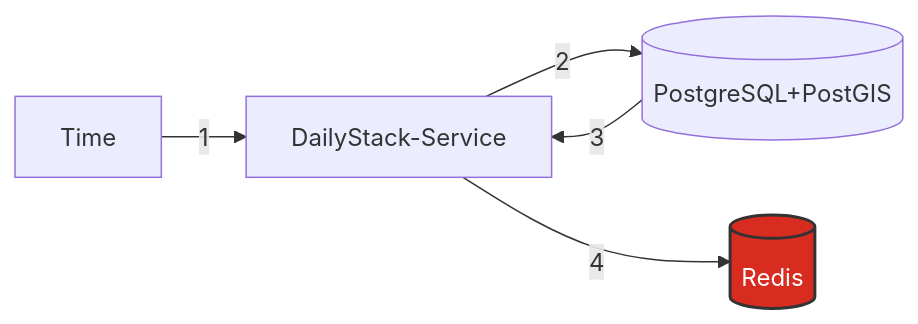
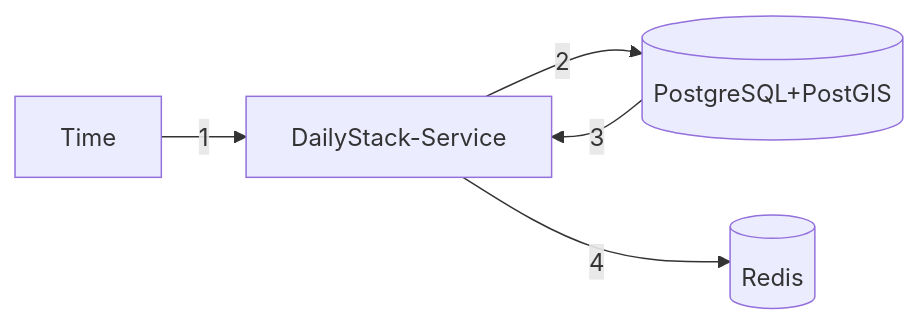
One commit to isOdin-l/TinderArt changed the sixth of 9 diagrams in docs/workflow-simple.md. Above: the diagram before and after it, drawn with Mermaid. The commit also changed 8 other files, not shown here.

````diff
--- a/docs/workflow-simple.md
+++ b/docs/workflow-simple.md
@@ -159,11 +159,10 @@
 ```mermaid
 flowchart LR
-classDef redis fill:#d82c20,stroke:#333,stroke-width:2px,color:white;
 
 Stack["DailyStack-Service"]
 Cache[("Redis")]:::redis
 DB_Profile[("PostgreSQL+PostGIS")]
 
 Time-->|1| Stack-->|2| DB_Profile-->|3| Stack-->|4| Cache
 
 ```
````
